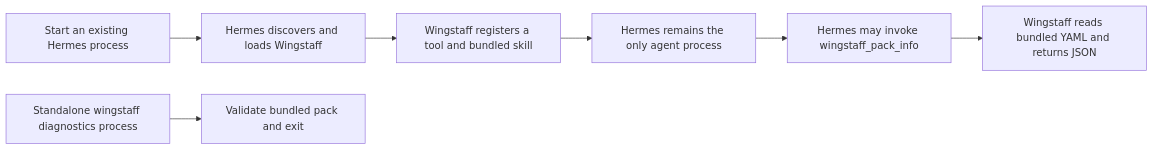
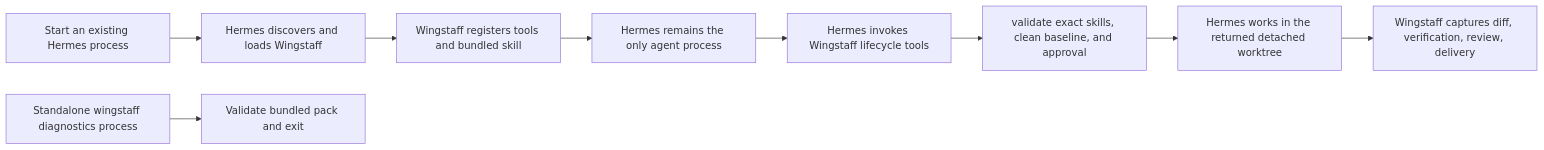
One commit to forgegod/daidala changed the second of 2 diagrams in docs/01-architecture.md. Above: the diagram before and after it, drawn with Mermaid. The commit also changed other lines of this file and 20 other files, not shown here.

````diff
--- a/docs/01-architecture.md
+++ b/docs/01-architecture.md
@@ -52,10 +63,12 @@
 ```mermaid
 flowchart LR
     START["Start an existing Hermes process"] --> LOAD["Hermes discovers and loads Wingstaff"]
-    LOAD --> REGISTER["Wingstaff registers a tool and bundled skill"]
+    LOAD --> REGISTER["Wingstaff registers tools and bundled skill"]
     REGISTER --> READY["Hermes remains the only agent process"]
-    READY --> CALL["Hermes may invoke wingstaff_pack_info"]
-    CALL --> READ["Wingstaff reads bundled YAML and returns JSON"]
+    READY --> CALL["Hermes invokes Wingstaff lifecycle tools"]
+    CALL --> GATE["validate exact skills, clean baseline, and approval"]
+    GATE --> WORK["Hermes works in the returned detached worktree"]
+    WORK --> EVIDENCE["Wingstaff captures diff, verification, review, delivery"]
 
     CLI["Standalone wingstaff diagnostics process"] --> VALIDATE["Validate bundled pack and exit"]
 ```
````
